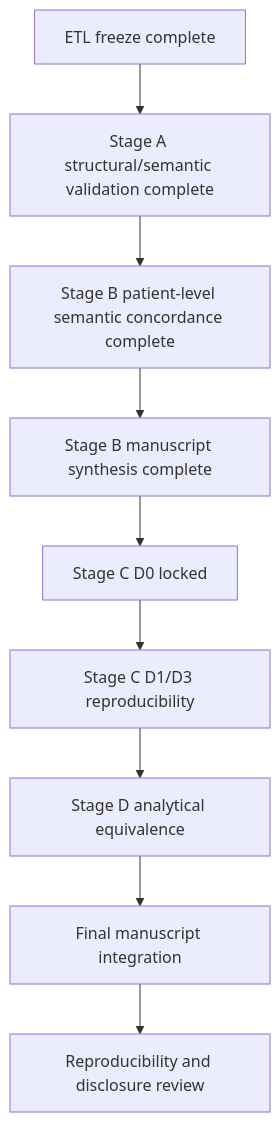
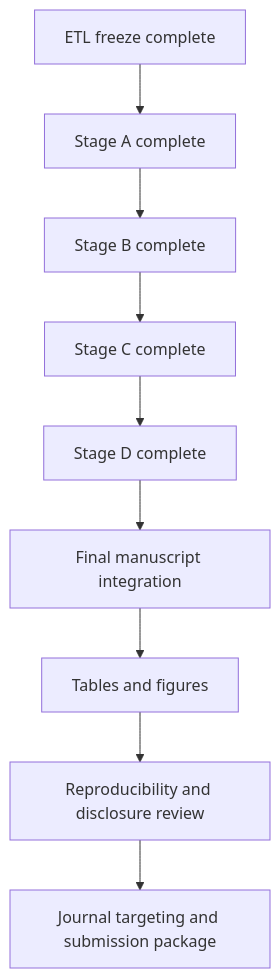
The second of 2 diagrams in docs/current_status_and_publication_plan.md (vafaei-ar/pcornet-omop-validation), drawn with Mermaid before and after one commit. The commit also changed other lines of this file, not shown here.

Commit message:
Update publication status through Stage D

````diff
--- a/docs/current_status_and_publication_plan.md
+++ b/docs/current_status_and_publication_plan.md
@@ -94,11 +104,11 @@
 ```mermaid
 flowchart TD
-    A[ETL freeze complete] --> B[Stage A structural/semantic validation complete]
-    B --> C[Stage B patient-level semantic concordance complete]
-    C --> D[Stage B manuscript synthesis complete]
-    D --> E[Stage C D0 locked]
-    E --> F[Stage C D1/D3 reproducibility]
-    F --> G[Stage D analytical equivalence]
-    G --> H[Final manuscript integration]
-    H --> I[Reproducibility and disclosure review]
+    A[ETL freeze complete] --> B[Stage A complete]
+    B --> C[Stage B complete]
+    C --> D[Stage C complete]
+    D --> E[Stage D complete]
+    E --> F[Final manuscript integration]
+    F --> G[Tables and figures]
+    G --> H[Reproducibility and disclosure review]
+    H --> I[Journal targeting and submission package]
 ```
````
